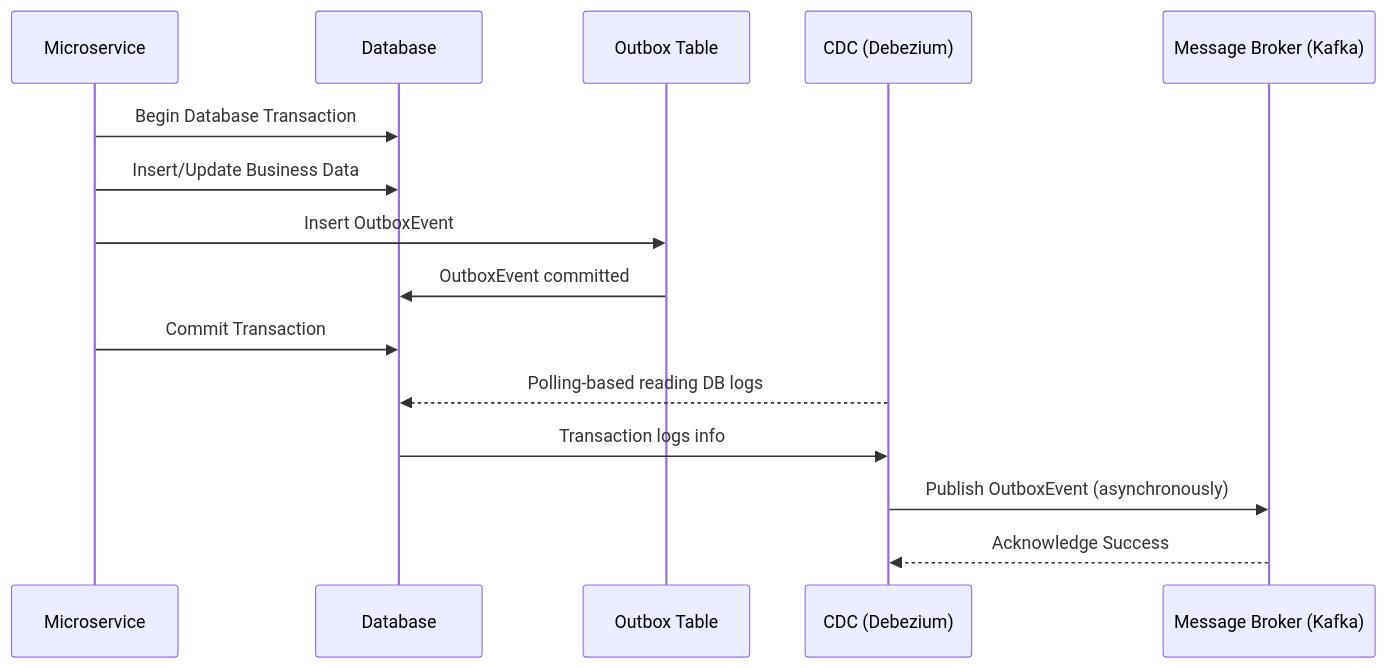
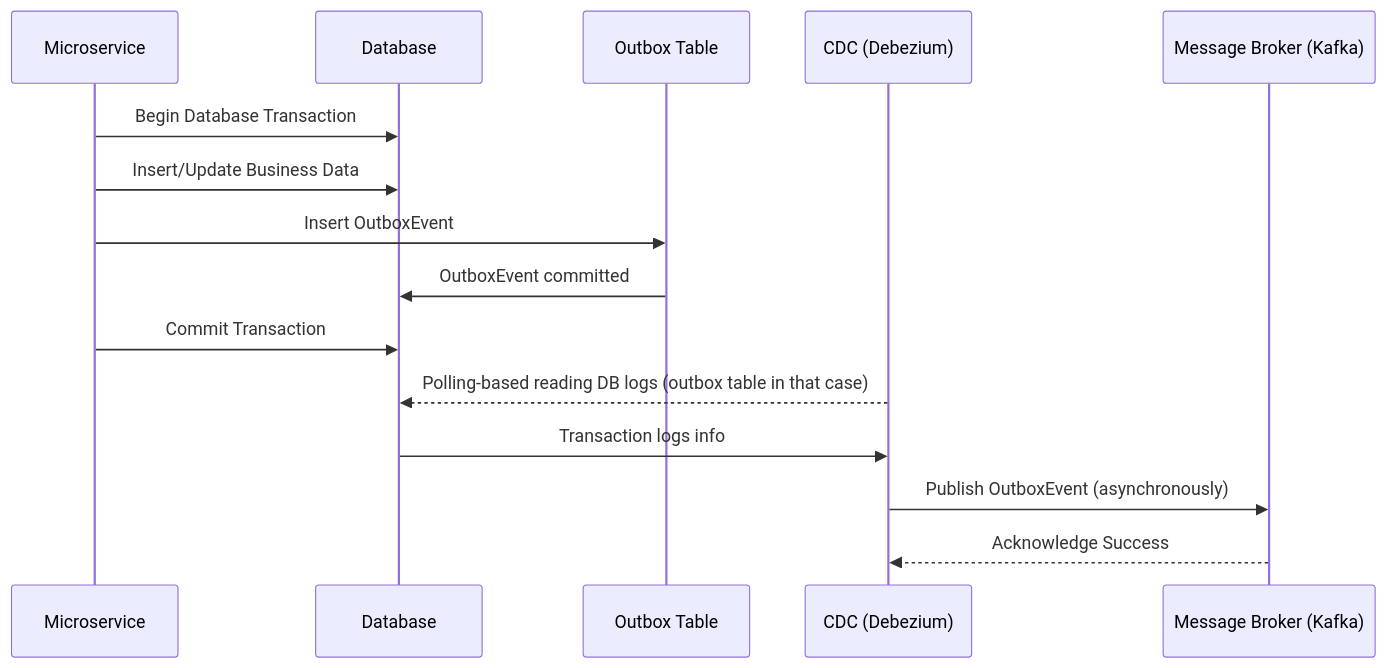
Before and after one commit to Metelyoff/micro-ecommerce: the diagram in README.md, drawn with Mermaid. The commit also changed other lines of this file, not shown here.

Commit message:
Add Outbox transaction description

````diff
--- a/README.md
+++ b/README.md
@@ -130,18 +129,19 @@
 ```mermaid
 sequenceDiagram
-    participant Service as Microservice
-    participant DB as Database
-    participant Outbox as Outbox Table
-    participant CDC as CDC (Debezium)
-    participant Broker as Message Broker (Kafka)
+   participant Service as Microservice
+   participant DB as Database
+   participant Outbox as Outbox Table
+   participant CDC as CDC (Debezium)
+   participant Broker as Message Broker (Kafka)
 
-    Service->>DB: Begin Database Transaction
-    Service->>DB: Insert/Update Business Data
-    Service->>Outbox: Insert OutboxEvent
-    Outbox->>DB: OutboxEvent committed
-    Service->>DB: Commit Transaction
-    CDC-->>DB: Polling-based reading DB logs
-    DB->>CDC: Transaction logs info
-    CDC->>Broker: Publish OutboxEvent (asynchronously)
-    Broker-->>CDC: Acknowledge Success
+   Service->>DB: Begin Database Transaction
+   Service->>DB: Insert/Update Business Data
+   Service->>Outbox: Insert OutboxEvent
+   Outbox->>DB: OutboxEvent committed
+   Service->>DB: Commit Transaction
+   CDC-->>DB: Polling-based reading DB logs (outbox table in that case)
+   DB->>CDC: Transaction logs info
+   CDC->>Broker: Publish OutboxEvent (asynchronously)
+   Broker-->>CDC: Acknowledge Success
+
 ```
````
